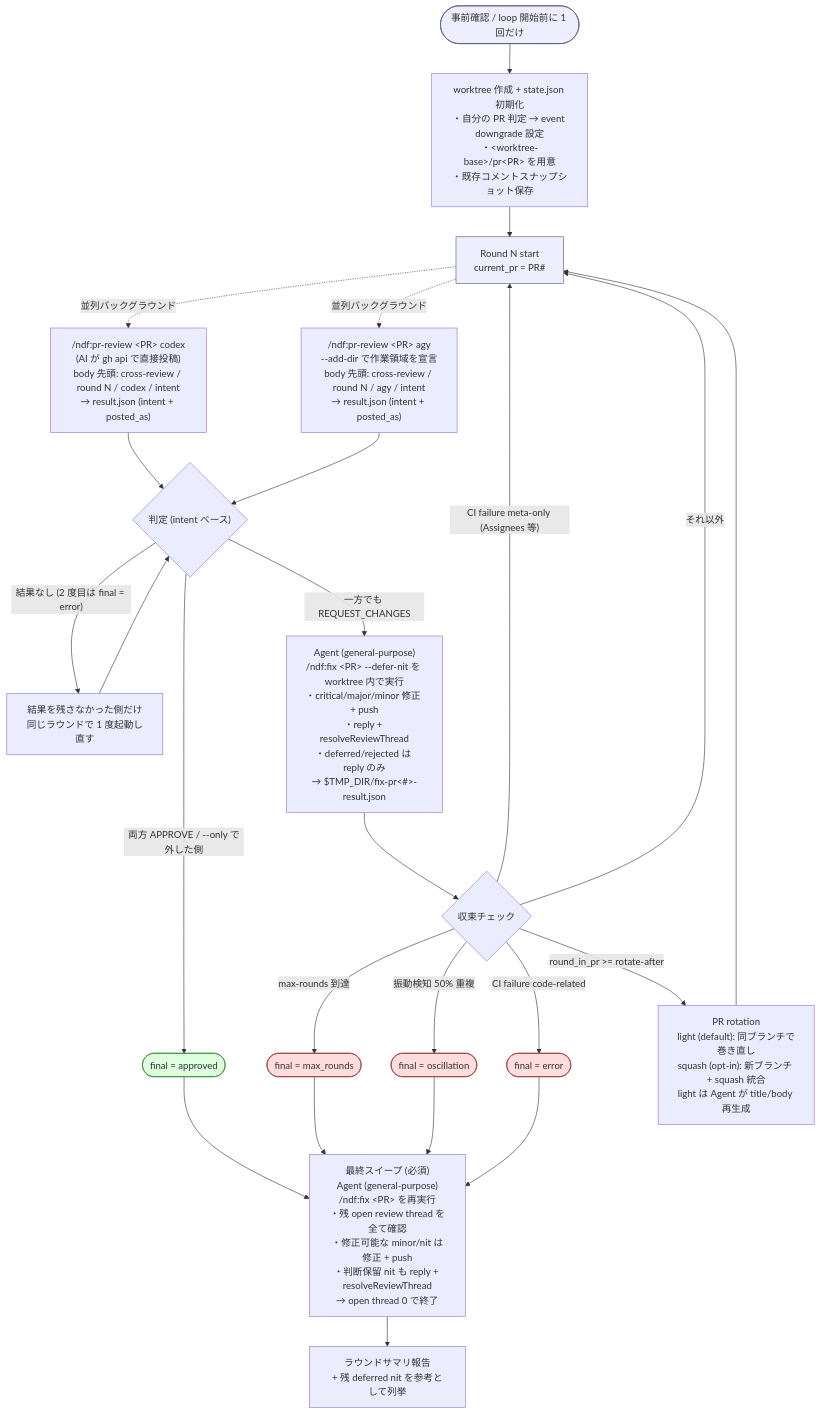
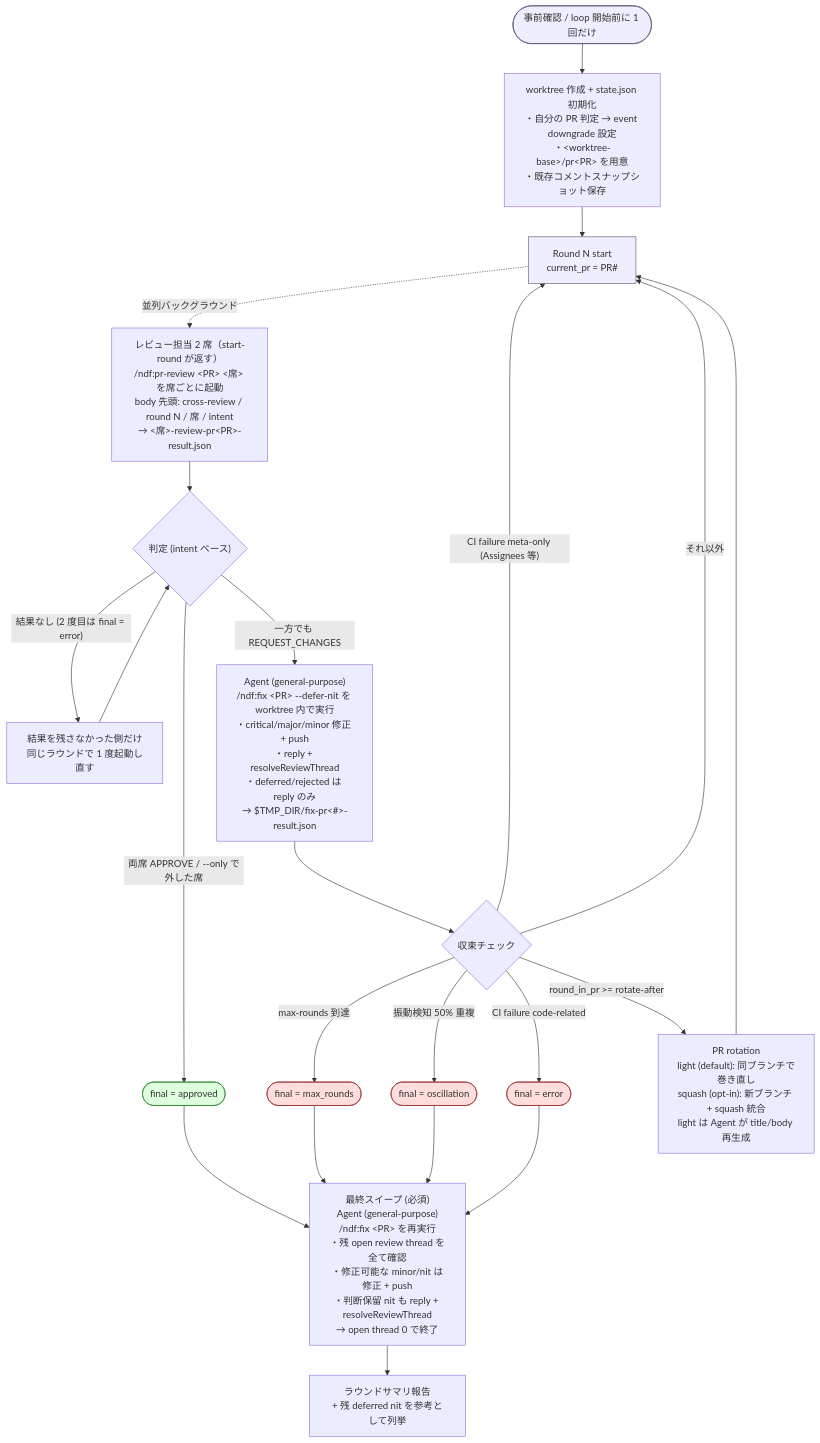
The diagram in plugins/ndf/skills/cross-review/SKILL.md (devbasex/ai-plugins), drawn with Mermaid before and after one commit. The commit also changed other lines of this file and 13 other files, not shown here.

````diff
--- a/plugins/ndf/skills/cross-review/SKILL.md
+++ b/plugins/ndf/skills/cross-review/SKILL.md
@@ -158,35 +163,32 @@
 ```mermaid
 flowchart TD
     Start([事前確認 / loop 開始前に 1 回だけ]):::phase --> Init["worktree 作成 + state.json 初期化<br/>・自分の PR 判定 → event downgrade 設定<br/>・&lt;worktree-base&gt;/pr&lt;PR&gt; を用意<br/>・既存コメントスナップショット保存"]
     Init --> Round["Round N start<br/>current_pr = PR#"]:::phase
 
-    Round -.並列バックグラウンド.-> Codex["/ndf:pr-review &lt;PR&gt; codex<br/>(AI が gh api で直接投稿)<br/>body 先頭: cross-review / round N / codex / intent<br/>→ result.json (intent + posted_as)"]
-    Round -.並列バックグラウンド.-> Agy["/ndf:pr-review &lt;PR&gt; agy<br/>--add-dir で作業領域を宣言<br/>body 先頭: cross-review / round N / agy / intent<br/>→ result.json (intent + posted_as)"]
-
-    Codex --> Decide{"判定 (intent ベース)"}
-    Agy --> Decide
+    Round -.並列バックグラウンド.-> Seats["レビュー担当 2 席（start-round が返す）<br/>/ndf:pr-review &lt;PR&gt; &lt;席&gt; を席ごとに起動<br/>body 先頭: cross-review / round N / 席 / intent<br/>→ &lt;席&gt;-review-pr&lt;PR&gt;-result.json"]
+    Seats --> Decide{"判定 (intent ベース)"}
 
     Decide -->|"結果なし (2 度目は final = error)"| Relaunch["結果を残さなかった側だけ<br/>同じラウンドで 1 度起動し直す"]
     Relaunch --> Decide
-    Decide -->|"両方 APPROVE / --only で外した側"| Approved([final = approved]):::ok
+    Decide -->|"両席 APPROVE / --only で外した席"| Approved([final = approved]):::ok
     Decide -->|一方でも REQUEST_CHANGES| Fix["Agent (general-purpose)<br/>/ndf:fix &lt;PR&gt; --defer-nit を worktree 内で実行<br/>・critical/major/minor 修正 + push<br/>・reply + resolveReviewThread<br/>・deferred/rejected は reply のみ<br/>→ $TMP_DIR/fix-pr&lt;#&gt;-result.json"]
 
     Fix --> Check{収束チェック}
     Check -->|max-rounds 到達| MaxR([final = max_rounds]):::stop
     Check -->|振動検知 50% 重複| Osc([final = oscillation]):::stop
     Check -->|CI failure code-related| Err([final = error]):::stop
     Check -->|"CI failure meta-only (Assignees 等)"| Round
     Check -->|round_in_pr >= rotate-after| Rotate["PR rotation<br/>light (default): 同ブランチで巻き直し<br/>squash (opt-in): 新ブランチ + squash 統合<br/>light は Agent が title/body 再生成"]
     Check -->|それ以外| Round
     Rotate --> Round
 
     Approved --> Sweep["最終スイープ (必須)<br/>Agent (general-purpose)<br/>/ndf:fix &lt;PR&gt; を再実行<br/>・残 open review thread を全て確認<br/>・修正可能な minor/nit は修正 + push<br/>・判断保留 nit も reply + resolveReviewThread<br/>→ open thread 0 で終了"]
     MaxR --> Sweep
     Osc --> Sweep
     Err --> Sweep
     Sweep --> Report[ラウンドサマリ報告<br/>+ 残 deferred nit を参考として列挙]
 
     classDef phase fill:#eef,stroke:#557
     classDef ok fill:#dfd,stroke:#383
     classDef stop fill:#fdd,stroke:#933
 ```
````
